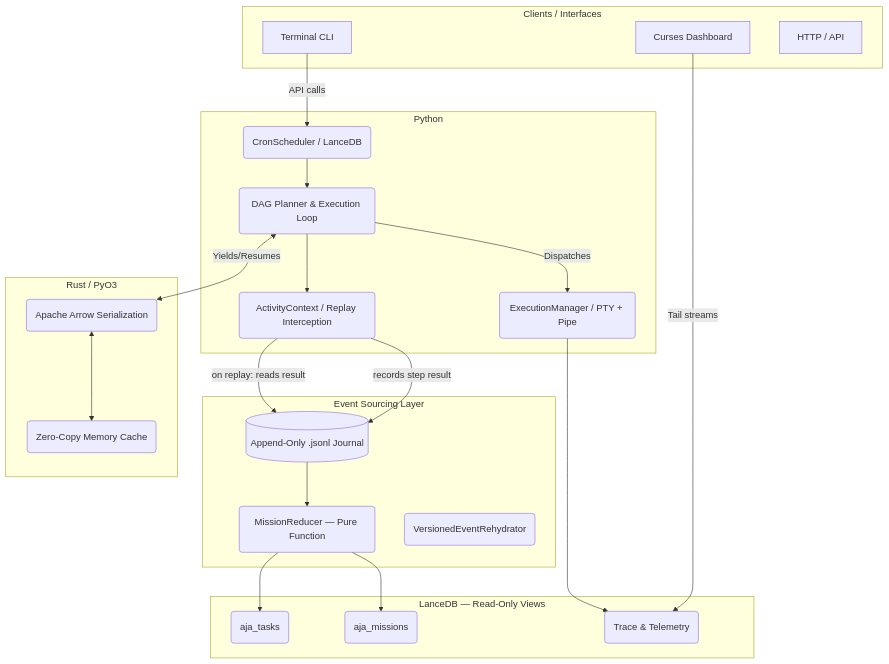
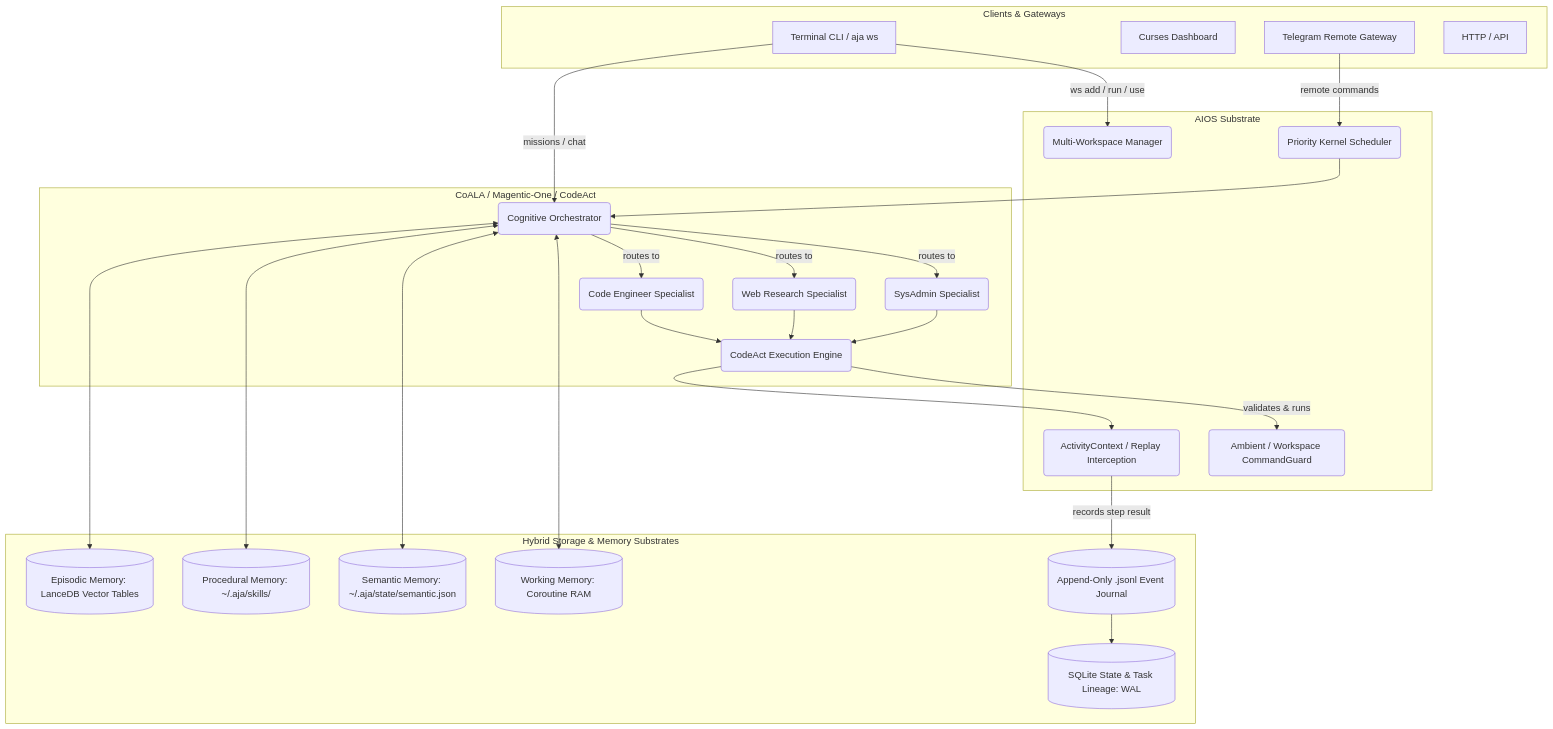
One commit to anixes/AJA changed the diagram in docs/architecture/ARCHITECTURE.md. Above: the diagram before and after it, drawn with Mermaid. The commit also changed other lines of this file and 4 other files, not shown here.

Commit message:
docs: document Autonomous Cognitive Agent OS (CoALA, AIOS, CodeAct, Magentic-One, Multi-Workspace)

````diff
--- a/docs/architecture/ARCHITECTURE.md
+++ b/docs/architecture/ARCHITECTURE.md
@@ -13,46 +11,56 @@
 ```mermaid
 graph TD
-    subgraph Clients / Interfaces
-        CLI[Terminal CLI]
+    subgraph Clients & Gateways
+        CLI[Terminal CLI / aja ws]
         TUI[Curses Dashboard]
+        TG[Telegram Remote Gateway]
         HTTP[HTTP / API]
     end
 
-    subgraph AJA Core Runtime [Python]
-        Scheduler(CronScheduler / LanceDB)
-        Orchestrator(DAG Planner & Execution Loop)
-        ActivityCtx(ActivityContext / Replay Interception)
-        Sandbox(ExecutionManager / PTY + Pipe)
+    subgraph Cognitive Layer [CoALA / Magentic-One / CodeAct]
+        CogOrch(Cognitive Orchestrator)
+        SysAdmin(SysAdmin Specialist)
+        WebResearch(Web Research Specialist)
+        CodeEngineer(Code Engineer Specialist)
+        CodeAct(CodeAct Execution Engine)
     end
 
-    subgraph Event Sourcing Layer
-        Journal[(Append-Only .jsonl Journal)]
-        Reducer(MissionReducer — Pure Function)
-        Rehydrator(VersionedEventRehydrator)
+    subgraph Kernel & Workspaces [AIOS Substrate]
+        KernelSched(Priority Kernel Scheduler)
+        WSMgr(Multi-Workspace Manager)
+        ActivityCtx(ActivityContext / Replay Interception)
+        CommandGuard(Ambient / Workspace CommandGuard)
     end
 
-    subgraph Projections [LanceDB — Read-Only Views]
-        TaskStore(aja_tasks)
-        MissionStore(aja_missions)
-        EventSink(Trace & Telemetry)
+    subgraph Hybrid Storage & Memory Substrates
+        WM[(Working Memory: Coroutine RAM)]
+        SM[(Semantic Memory: ~/.aja/state/semantic.json)]
+        PM[(Procedural Memory: ~/.aja/skills/)]
+        EM[(Episodic Memory: LanceDB Vector Tables)]
+        Journal[(Append-Only .jsonl Event Journal)]
+        SQLiteDB[(SQLite State & Task Lineage: WAL)]
     end
 
-    subgraph Native IPC [Rust / PyO3]
-        Arrow(Apache Arrow Serialization)
-        BatonStore(Zero-Copy Memory Cache)
-    end
+    CLI --> |ws add / run / use| WSMgr
+    CLI --> |missions / chat| CogOrch
+    TG --> |remote commands| KernelSched
+    
+    KernelSched --> CogOrch
+    CogOrch --> |routes to| SysAdmin
+    CogOrch --> |routes to| WebResearch
+    CogOrch --> |routes to| CodeEngineer
 
-    CLI --> |API calls| Scheduler
-    TUI --> |Tail streams| EventSink
-    Scheduler --> Orchestrator
-    Orchestrator --> ActivityCtx
+    SysAdmin --> CodeAct
+    WebResearch --> CodeAct
+    CodeEngineer --> CodeAct
+
+    CogOrch <--> WM
+    CogOrch <--> SM
+    CogOrch <--> PM
+    CogOrch <--> EM
+
+    CodeAct --> |validates & runs| CommandGuard
+    CodeAct --> ActivityCtx
     ActivityCtx --> |records step result| Journal
-    ActivityCtx --> |on replay: reads result| Journal
-    Journal --> Reducer
-    Reducer --> TaskStore
-    Reducer --> MissionStore
-    Orchestrator <--> |Yields/Resumes| Arrow
-    Arrow <--> BatonStore
-    Orchestrator --> |Dispatches| Sandbox
-    Sandbox --> EventSink
+    Journal --> SQLiteDB
 ```
````
